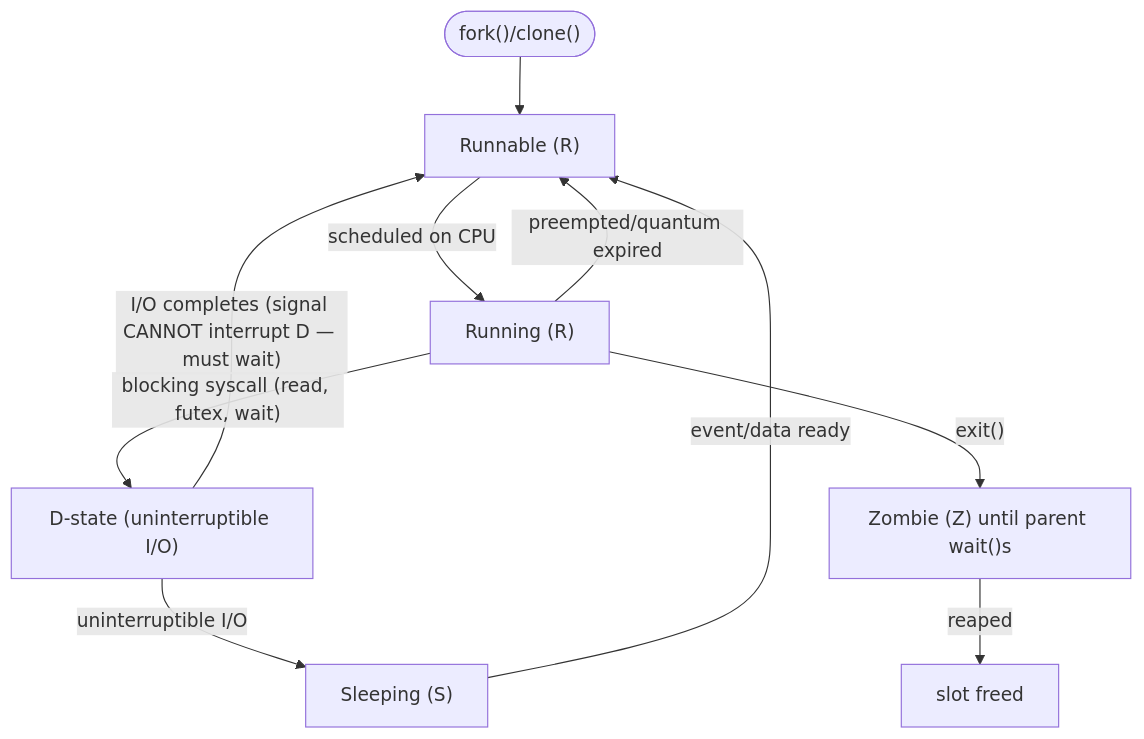
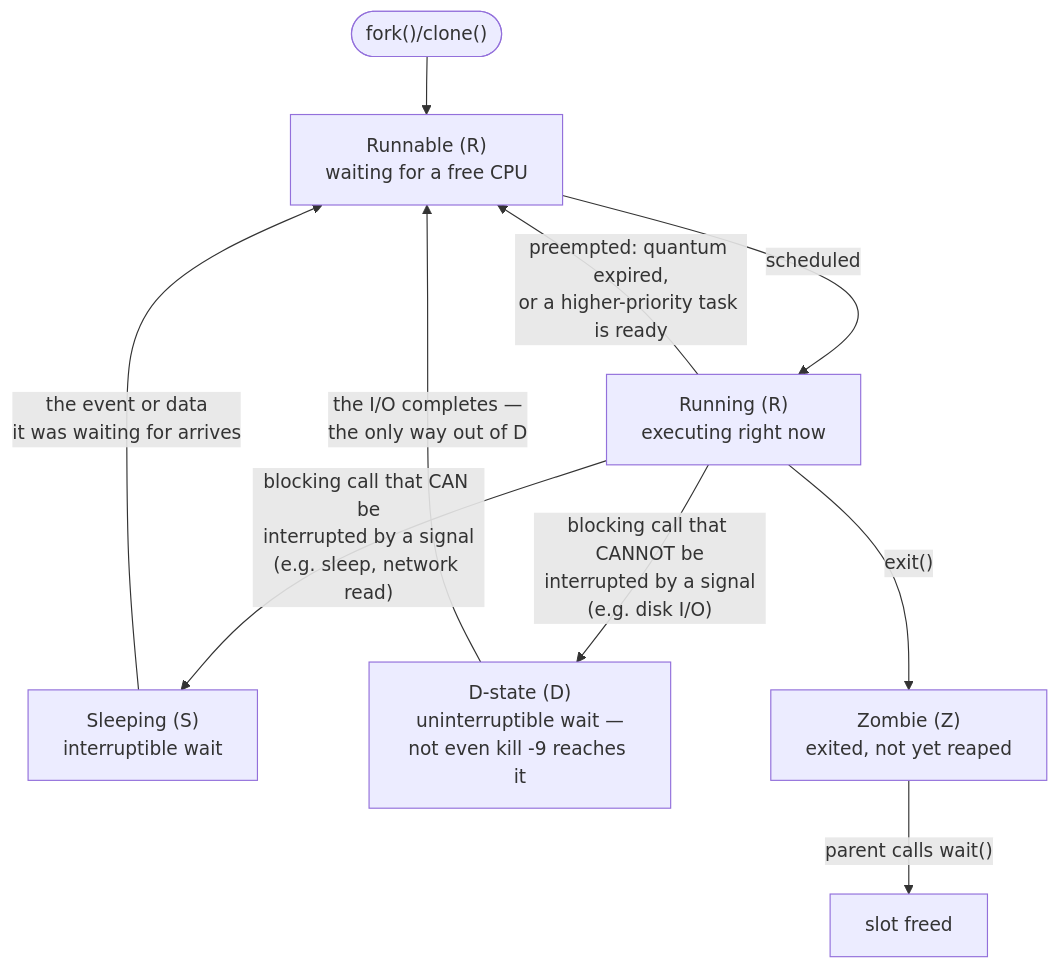
One commit to jithinpnjm/nvidia-devops changed the second of 4 diagrams in docs/volume-01/01-chapter-1-processes-threads-cpu-scheduling-and-load.md. Above: the diagram before and after it, drawn with Mermaid. The commit also changed other lines of this file and 5 other files, not shown here.

First line of the commit message:
Rebuild confusing Volume 1 diagrams and fill missing sample outputs across all foundational chapters

````diff
--- a/docs/volume-01/01-chapter-1-processes-threads-cpu-scheduling-and-load.md
+++ b/docs/volume-01/01-chapter-1-processes-threads-cpu-scheduling-and-load.md
@@ -412,12 +507,15 @@
 ```mermaid
 flowchart TD
-    Start(["fork()/clone()"]) --> Runnable["Runnable (R)"]
-    Runnable -->|scheduled on CPU| Running["Running (R)"]
-    Running -->|preempted/quantum expired| Runnable
-    Running -->|"blocking syscall (read, futex, wait)"| Dstate["D-state (uninterruptible I/O)"]
-    Dstate -->|uninterruptible I/O| Sleeping["Sleeping (S)"]
-    Sleeping -->|event/data ready| Runnable
-    Dstate -->|"I/O completes (signal CANNOT interrupt D — must wait)"| Runnable
-    Running -->|"exit()"| Zombie["Zombie (Z) until parent wait()s"]
-    Zombie -->|reaped| Freed[slot freed]
+    Start(["fork()/clone()"]) --> Runnable["Runnable (R)<br/>waiting for a free CPU"]
+    Runnable -->|"scheduled"| Running["Running (R)<br/>executing right now"]
+    Running -->|"preempted: quantum expired,<br/>or a higher-priority task is ready"| Runnable
+
+    Running -->|"blocking call that CAN be<br/>interrupted by a signal<br/>(e.g. sleep, network read)"| Sleeping["Sleeping (S)<br/>interruptible wait"]
+    Sleeping -->|"the event or data<br/>it was waiting for arrives"| Runnable
+
+    Running -->|"blocking call that CANNOT be<br/>interrupted by a signal<br/>(e.g. disk I/O)"| Dstate["D-state (D)<br/>uninterruptible wait —<br/>not even kill -9 reaches it"]
+    Dstate -->|"the I/O completes —<br/>the only way out of D"| Runnable
+
+    Running -->|"exit()"| Zombie["Zombie (Z)<br/>exited, not yet reaped"]
+    Zombie -->|"parent calls wait()"| Freed["slot freed"]
 ```
````
